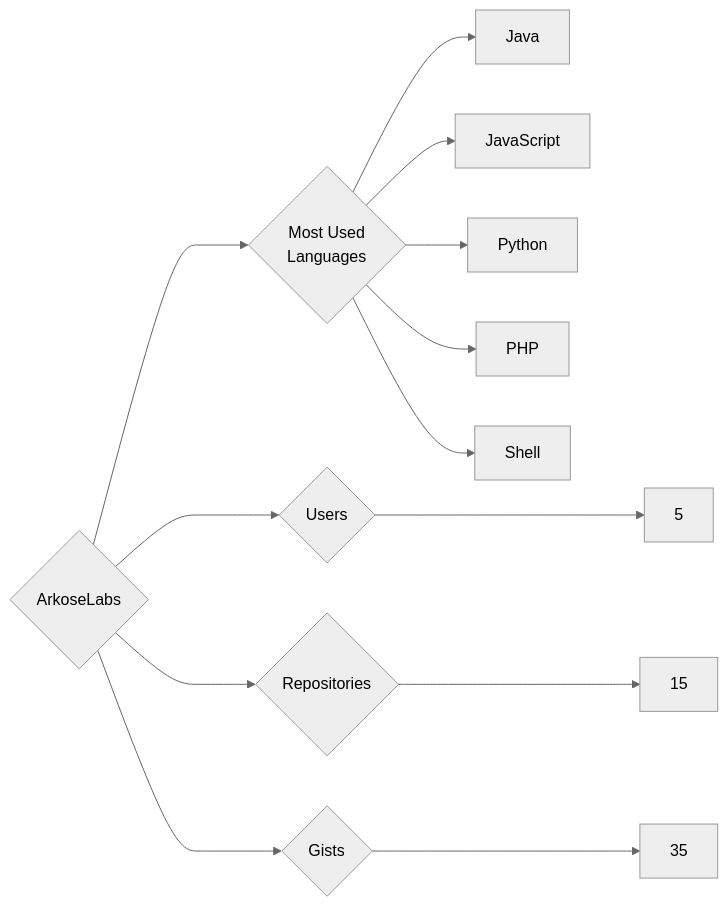
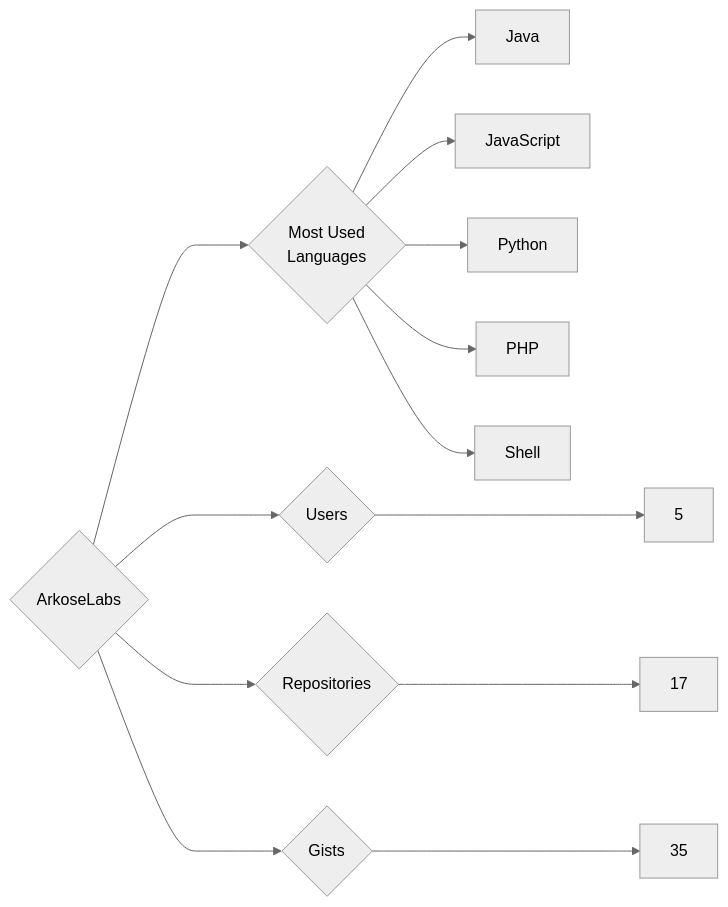
The diagram in targets/ArkoseLabs/README.md (trickest/insiders), drawn with Mermaid (neutral theme) before and after one commit. The commit also changed 1166 other files, not shown here.

````diff
--- a/targets/ArkoseLabs/README.md
+++ b/targets/ArkoseLabs/README.md
@@ -3,13 +3,13 @@
 ```mermaid
 graph LR
 COMPANY_NAME{ArkoseLabs}
 COMPANY_NAME ---> U{Users} ---> UN[5]
-COMPANY_NAME ---> R{Repositories} ---> RN[15]
+COMPANY_NAME ---> R{Repositories} ---> RN[17]
 COMPANY_NAME ---> G{Gists} ---> GN[35]
 COMPANY_NAME ---> ML{Most Used<br>Languages}
 ML --> Java[Java]
 ML --> JavaScript[JavaScript]
 ML --> Python[Python]
 ML --> PHP[PHP]
 ML --> Shell[Shell]
 ```
````
